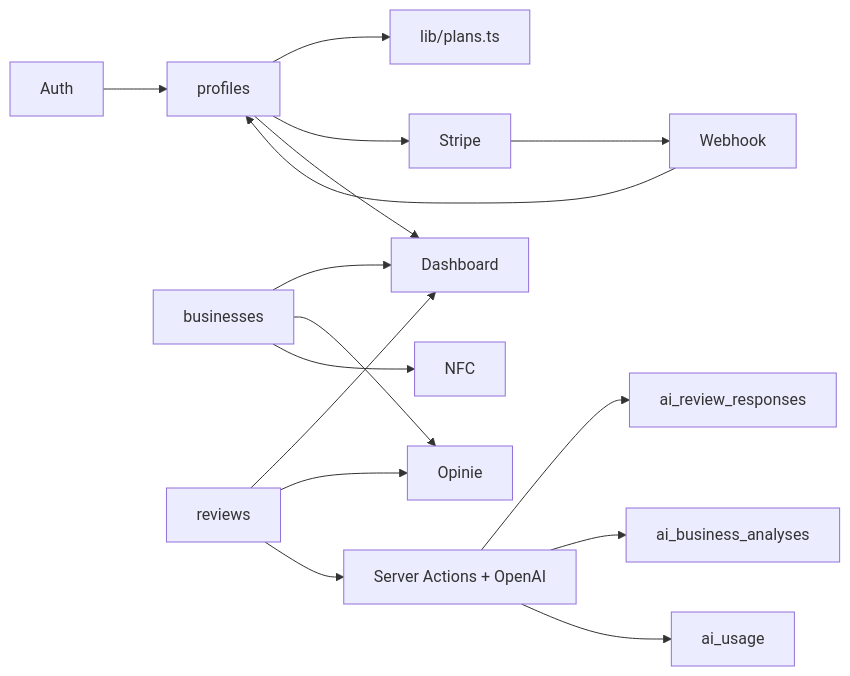
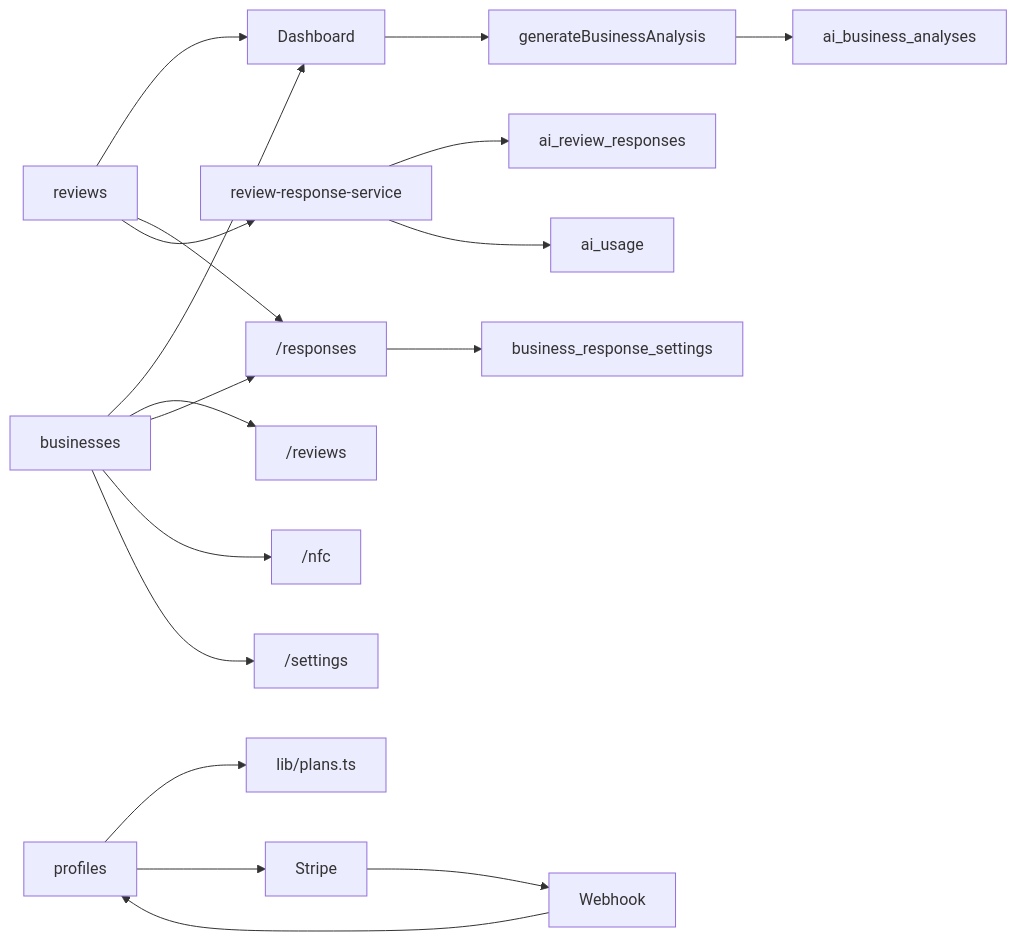
Before and after one commit to FabianDziekan/Nuvorate: the second of 2 diagrams in docs/obsidian/Development/Architektura.md, drawn with Mermaid. The commit also changed other lines of this file and 50 other files, not shown here.

````diff
--- a/docs/obsidian/Development/Architektura.md
+++ b/docs/obsidian/Development/Architektura.md
@@ -46,18 +80,20 @@
 ```mermaid
 flowchart LR
-  Auth["Auth"] --> Profiles["profiles"]
-  Profiles --> Plans["lib/plans.ts"]
+  Profiles["profiles"] --> Plans["lib/plans.ts"]
   Profiles --> StripeModule["Stripe"]
-  Profiles --> Dashboard["Dashboard"]
   Businesses["businesses"] --> Dashboard
-  Businesses --> ReviewsPage["Opinie"]
-  Businesses --> Nfc["NFC"]
+  Businesses --> ReviewsPage["/reviews"]
+  Businesses --> ResponsesPage["/responses"]
+  Businesses --> Nfc["/nfc"]
+  Businesses --> Settings["/settings"]
   Reviews["reviews"] --> Dashboard
-  Reviews --> ReviewsPage
-  Reviews --> OpenAIActions["Server Actions + OpenAI"]
-  OpenAIActions --> ReviewResponses["ai_review_responses"]
-  OpenAIActions --> BusinessAnalyses["ai_business_analyses"]
-  OpenAIActions --> Usage["ai_usage"]
-  StripeModule --> Webhook["Webhook"]
+  Reviews --> ResponsesPage
+  ResponsesPage --> ResponseSettings["business_response_settings"]
+  Reviews --> OpenAIService["review-response-service"]
+  OpenAIService --> ReviewResponses["ai_review_responses"]
+  OpenAIService --> Usage["ai_usage"]
+  Dashboard --> AnalysisAction["generateBusinessAnalysis"]
+  AnalysisAction --> BusinessAnalyses["ai_business_analyses"]
+  StripeModule --> Webhook
   Webhook --> Profiles
 ```
````
